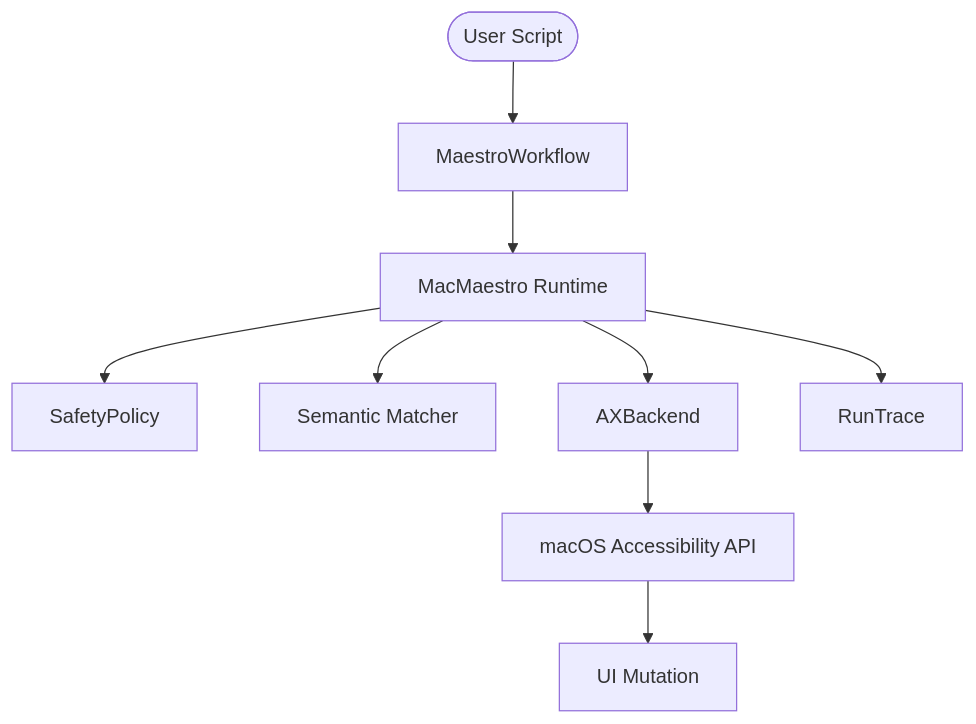
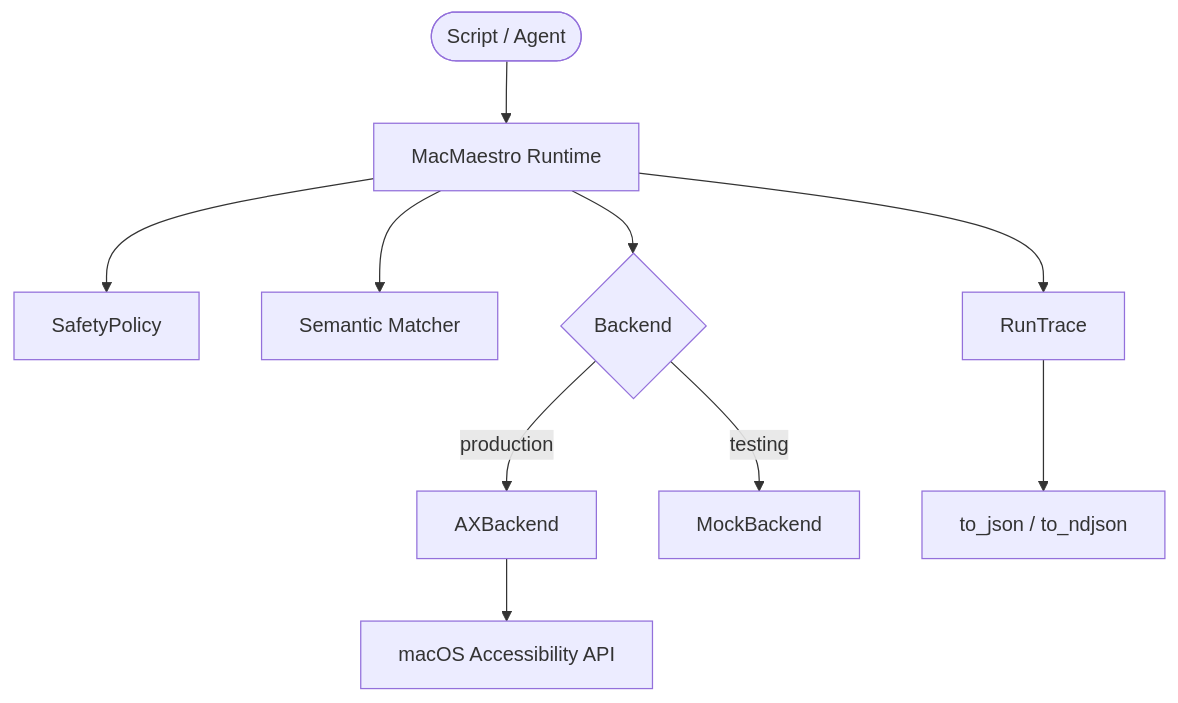
The diagram in README.md (borjamoskv/mac-maestro), drawn with Mermaid before and after one commit. The commit also changed other lines of this file and 3 other files, not shown here.

````diff
--- a/README.md
+++ b/README.md
@@ -103,11 +114,12 @@
 ```mermaid
 graph TD
-    User([User Script]) --> Workflow[MaestroWorkflow]
-    Workflow --> Runtime[MacMaestro Runtime]
+    User([Script / Agent]) --> Runtime[MacMaestro Runtime]
     Runtime --> Safety[SafetyPolicy]
     Runtime --> Matcher[Semantic Matcher]
-    Runtime --> Backend[AXBackend]
-    Backend --> macOS[macOS Accessibility API]
-    macOS --> Result[UI Mutation]
+    Runtime --> Backend{Backend}
+    Backend -->|production| AX[AXBackend]
+    Backend -->|testing| Mock[MockBackend]
+    AX --> macOS[macOS Accessibility API]
     Runtime --> Trace[RunTrace]
+    Trace --> JSON[to_json / to_ndjson]
 ```
````
